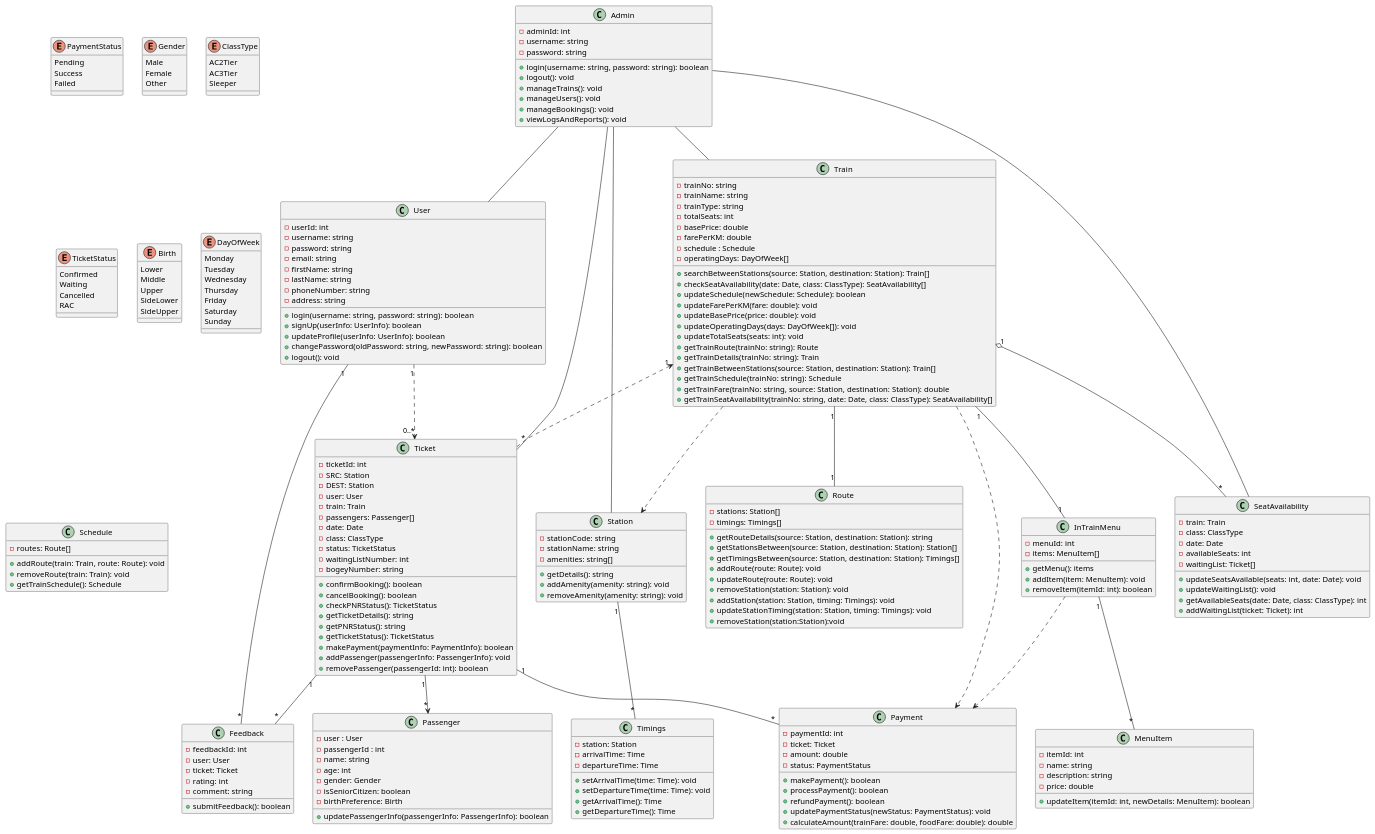
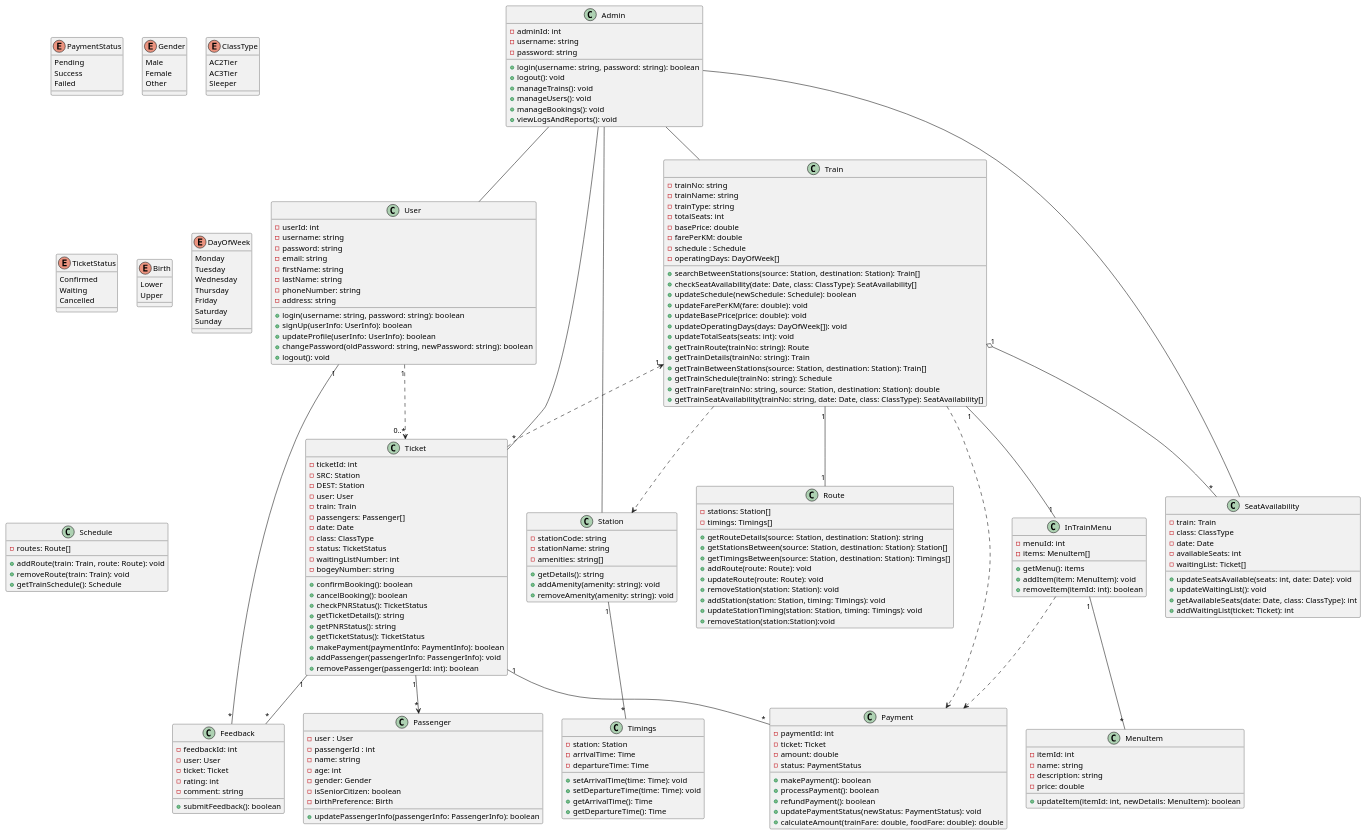
One commit to PiyushKaushish/Train-Reservation-System changed the diagram in class.puml. Above: the diagram before and after it, drawn with PlantUML. The commit also changed 8 other files, not shown here.

```diff
--- a/class.puml
+++ b/class.puml
@@ -24,15 +24,11 @@
     Confirmed
     Waiting
     Cancelled
-    RAC
 }
 
 enum Birth {
     Lower
-    Middle
     Upper
-    SideLower
-    SideUpper
 }
 
 enum DayOfWeek {
```
